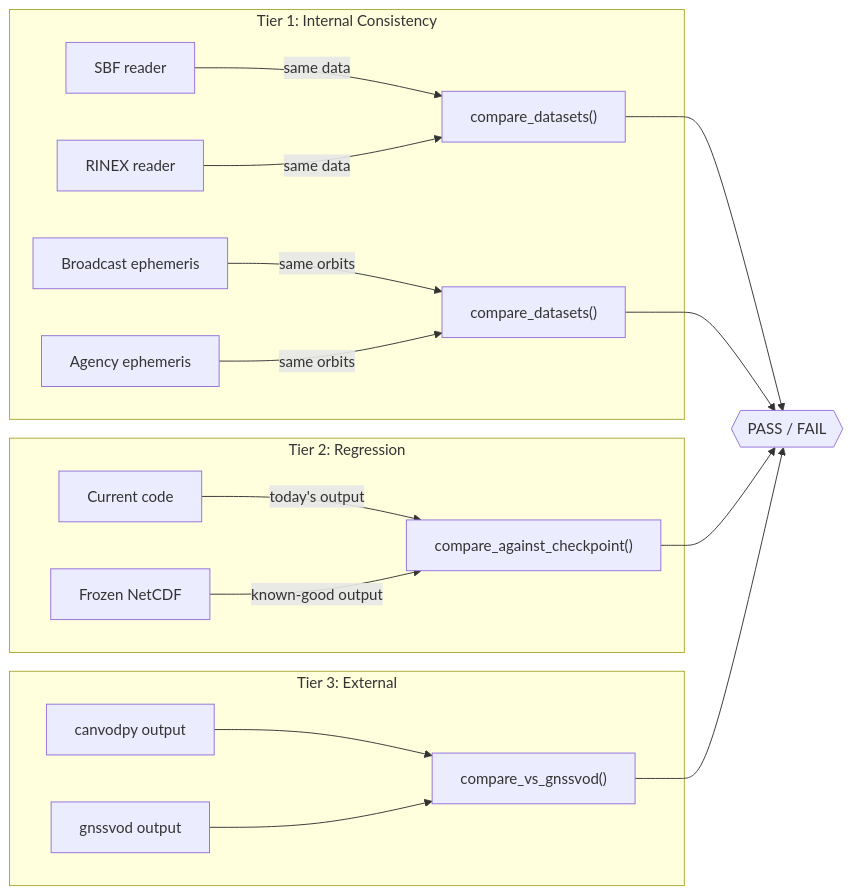
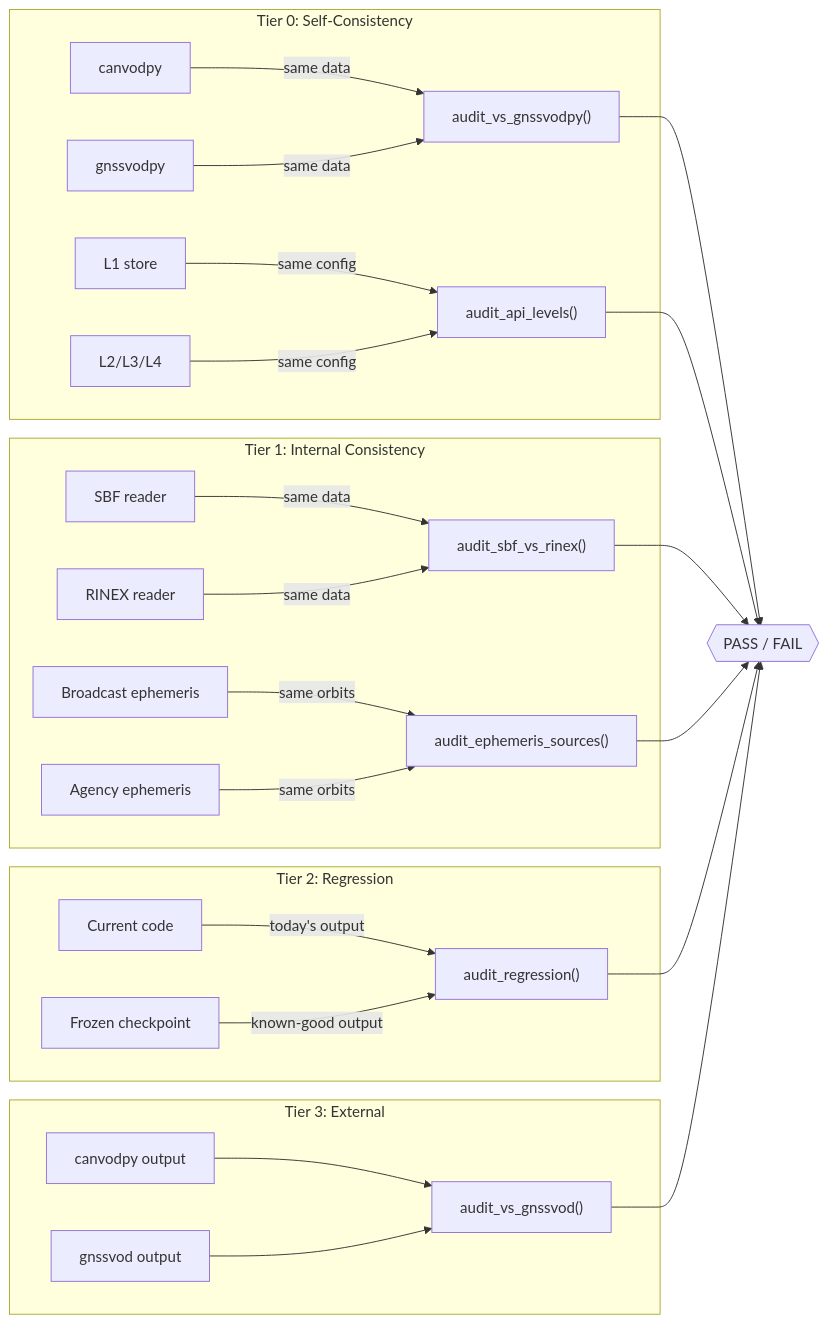
One commit to konstantinschellenberg/canvodpy changed the diagram in docs/packages/audit/overview.md. Above: the diagram before and after it, drawn with Mermaid. The commit also changed other lines of this file and 20 other files, not shown here.

First line of the commit message:
feat(audit): Tier 0 audit scripts, findings, and clean store layout

````diff
--- a/docs/packages/audit/overview.md
+++ b/docs/packages/audit/overview.md
@@ -26,24 +26,33 @@
 ```mermaid
 graph LR
+    subgraph "Tier 0: Self-Consistency"
+        A0["canvodpy"] -->|same data| C0["audit_vs_gnssvodpy()"]
+        B0["gnssvodpy"] -->|same data| C0
+        D0["L1 store"] -->|same config| E0["audit_api_levels()"]
+        F0["L2/L3/L4"] -->|same config| E0
+    end
+
     subgraph "Tier 1: Internal Consistency"
-        A["SBF reader"] -->|same data| C["compare_datasets()"]
+        A["SBF reader"] -->|same data| C["audit_sbf_vs_rinex()"]
         B["RINEX reader"] -->|same data| C
-        D["Broadcast ephemeris"] -->|same orbits| E["compare_datasets()"]
+        D["Broadcast ephemeris"] -->|same orbits| E["audit_ephemeris_sources()"]
         F["Agency ephemeris"] -->|same orbits| E
     end
 
     subgraph "Tier 2: Regression"
-        G["Current code"] -->|today's output| H["compare_against_checkpoint()"]
-        I["Frozen NetCDF"] -->|known-good output| H
+        G["Current code"] -->|today's output| H["audit_regression()"]
+        I["Frozen checkpoint"] -->|known-good output| H
     end
 
     subgraph "Tier 3: External"
-        J["canvodpy output"] --> K["compare_vs_gnssvod()"]
+        J["canvodpy output"] --> K["audit_vs_gnssvod()"]
         L["gnssvod output"] --> K
     end
 
-    C --> M{{"PASS / FAIL"}}
+    C0 --> M{{"PASS / FAIL"}}
+    E0 --> M
+    C --> M
     E --> M
     H --> M
     K --> M
 ```
````
